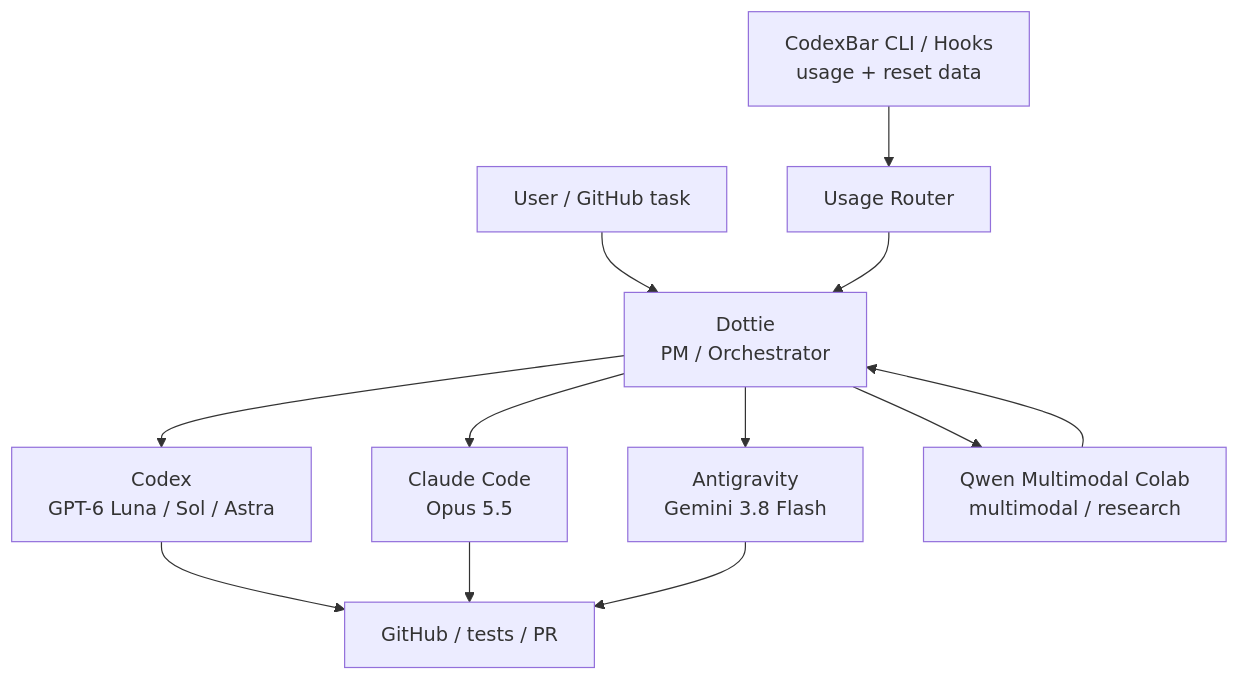
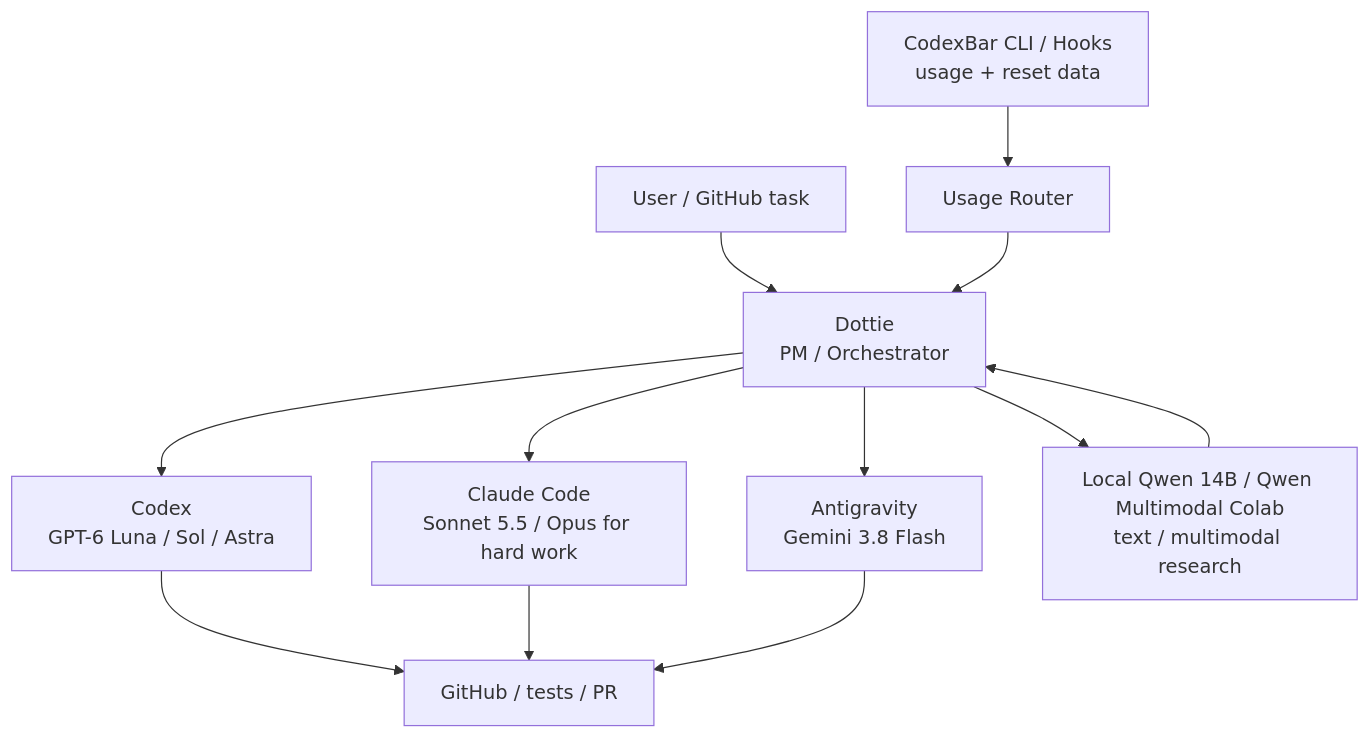
Before and after one commit to moruku36/multi-ai-workflow: the diagram in docs/dots-codexbar-orchestration.md, drawn with Mermaid. The commit also changed other lines of this file and 5 other files, not shown here.

````diff
--- a/docs/dots-codexbar-orchestration.md
+++ b/docs/dots-codexbar-orchestration.md
@@ -18,16 +18,16 @@
 ```mermaid
 flowchart TD
     U["User / GitHub task"] --> D["Dottie<br/>PM / Orchestrator"]
     CB["CodexBar CLI / Hooks<br/>usage + reset data"] --> R["Usage Router"]
     R --> D
 
     D --> C["Codex<br/>GPT-6 Luna / Sol / Astra"]
-    D --> CL["Claude Code<br/>Opus 5.5"]
+    D --> CL["Claude Code<br/>Sonnet 5.5 / Opus for hard work"]
     D --> A["Antigravity<br/>Gemini 3.8 Flash"]
-    D --> Q["Qwen Multimodal Colab<br/>multimodal / research"]
+    D --> Q["Local Qwen 14B / Qwen Multimodal Colab<br/>text / multimodal research"]
 
     C --> G["GitHub / tests / PR"]
     CL --> G
     A --> G
     Q --> D
 ```
````
